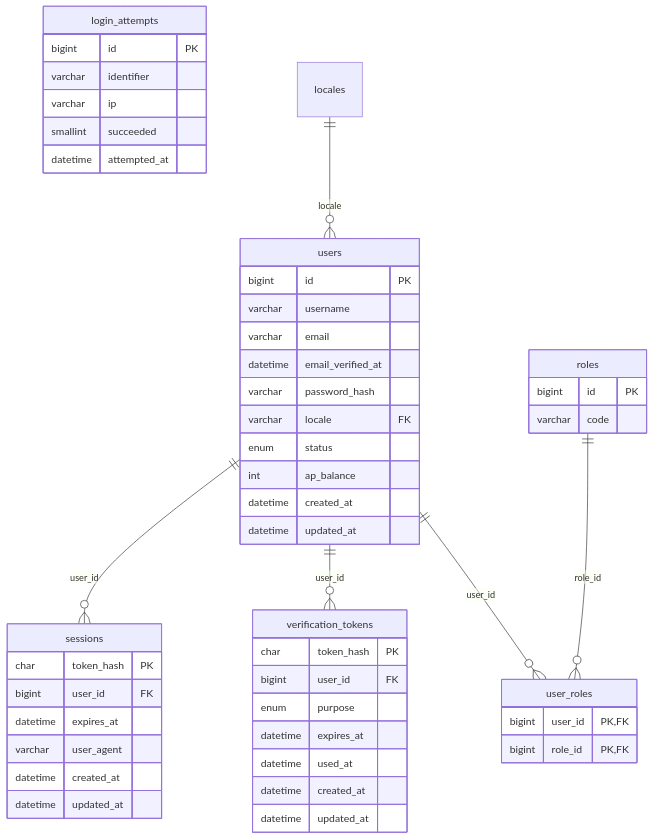
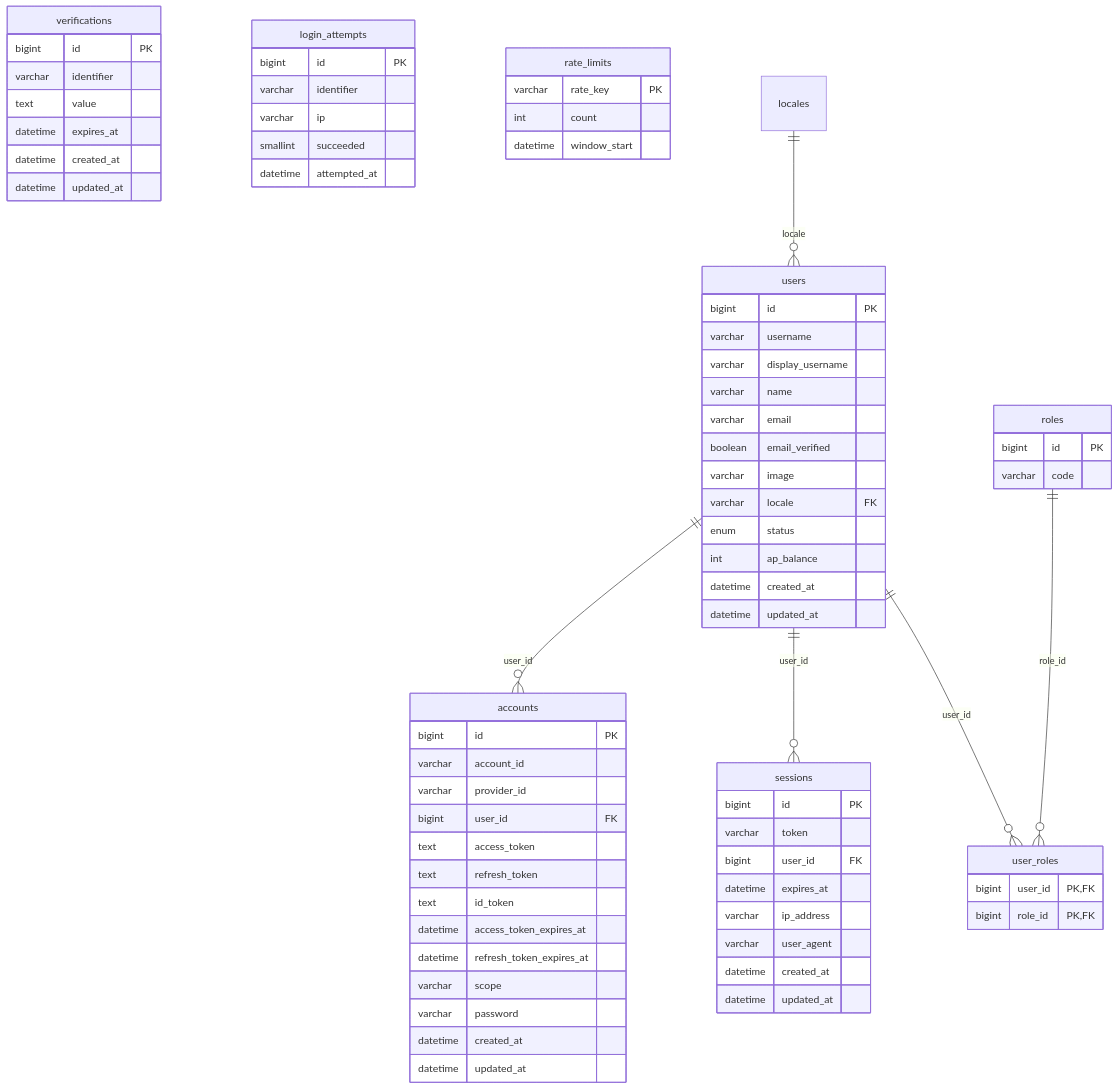
The first of 5 diagrams in docs/db/modelo-er.md (rJacko21/tesis_testv2), drawn with Mermaid before and after one commit. The commit also changed other lines of this file and 51 other files, not shown here.

````diff
--- a/docs/db/modelo-er.md
+++ b/docs/db/modelo-er.md
@@ -9,52 +9,75 @@
 ```mermaid
 erDiagram
   users {
     bigint id PK
     varchar username
+    varchar display_username
+    varchar name
     varchar email
-    datetime email_verified_at
-    varchar password_hash
+    boolean email_verified
+    varchar image
     varchar locale FK
     enum status
     int ap_balance
     datetime created_at
     datetime updated_at
   }
+  accounts {
+    bigint id PK
+    varchar account_id
+    varchar provider_id
+    bigint user_id FK
+    text access_token
+    text refresh_token
+    text id_token
+    datetime access_token_expires_at
+    datetime refresh_token_expires_at
+    varchar scope
+    varchar password
+    datetime created_at
+    datetime updated_at
+  }
   sessions {
-    char token_hash PK
+    bigint id PK
+    varchar token
     bigint user_id FK
     datetime expires_at
+    varchar ip_address
     varchar user_agent
     datetime created_at
     datetime updated_at
   }
-  verification_tokens {
-    char token_hash PK
-    bigint user_id FK
-    enum purpose
+  verifications {
+    bigint id PK
+    varchar identifier
+    text value
     datetime expires_at
-    datetime used_at
     datetime created_at
     datetime updated_at
   }
   login_attempts {
     bigint id PK
     varchar identifier
     varchar ip
     smallint succeeded
     datetime attempted_at
   }
+  rate_limits {
+    varchar rate_key PK
+    int count
+    datetime window_start
+  }
   roles {
     bigint id PK
     varchar code
   }
   user_roles {
     bigint user_id PK,FK
     bigint role_id PK,FK
   }
   locales ||--o{ users : "locale"
+  users ||--o{ accounts : "user_id"
   users ||--o{ sessions : "user_id"
-  users ||--o{ verification_tokens : "user_id"
   users ||--o{ user_roles : "user_id"
   roles ||--o{ user_roles : "role_id"
 ```
````
